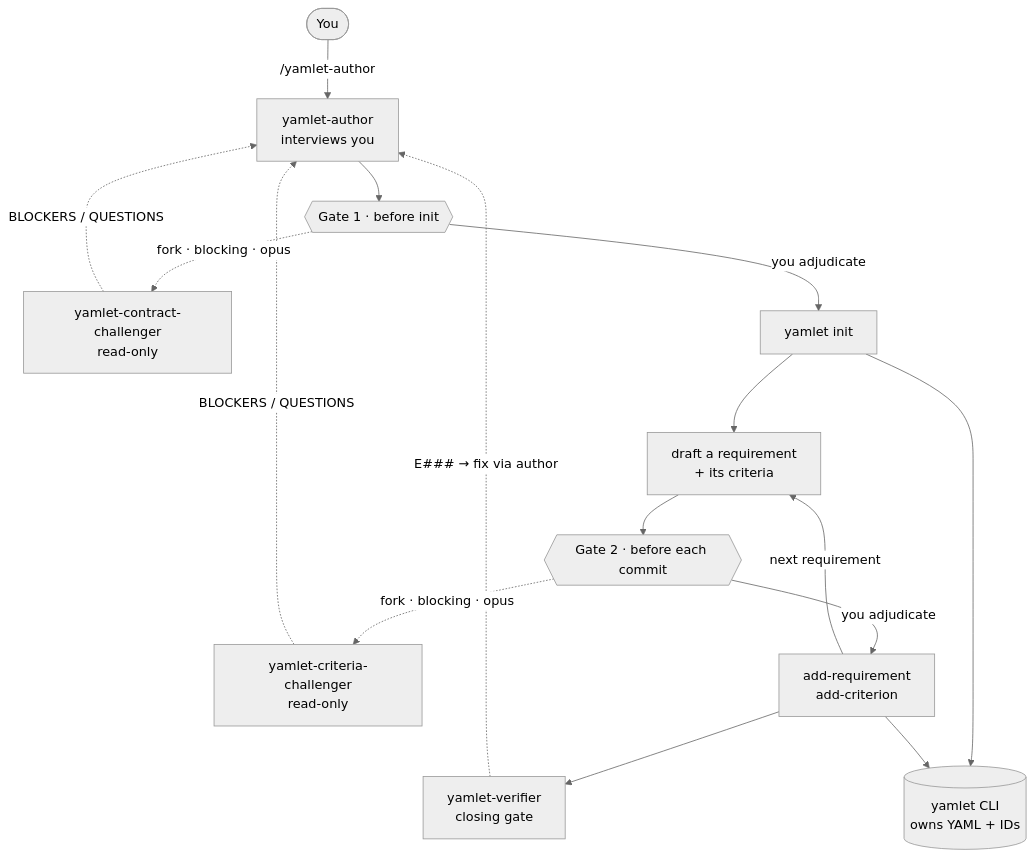
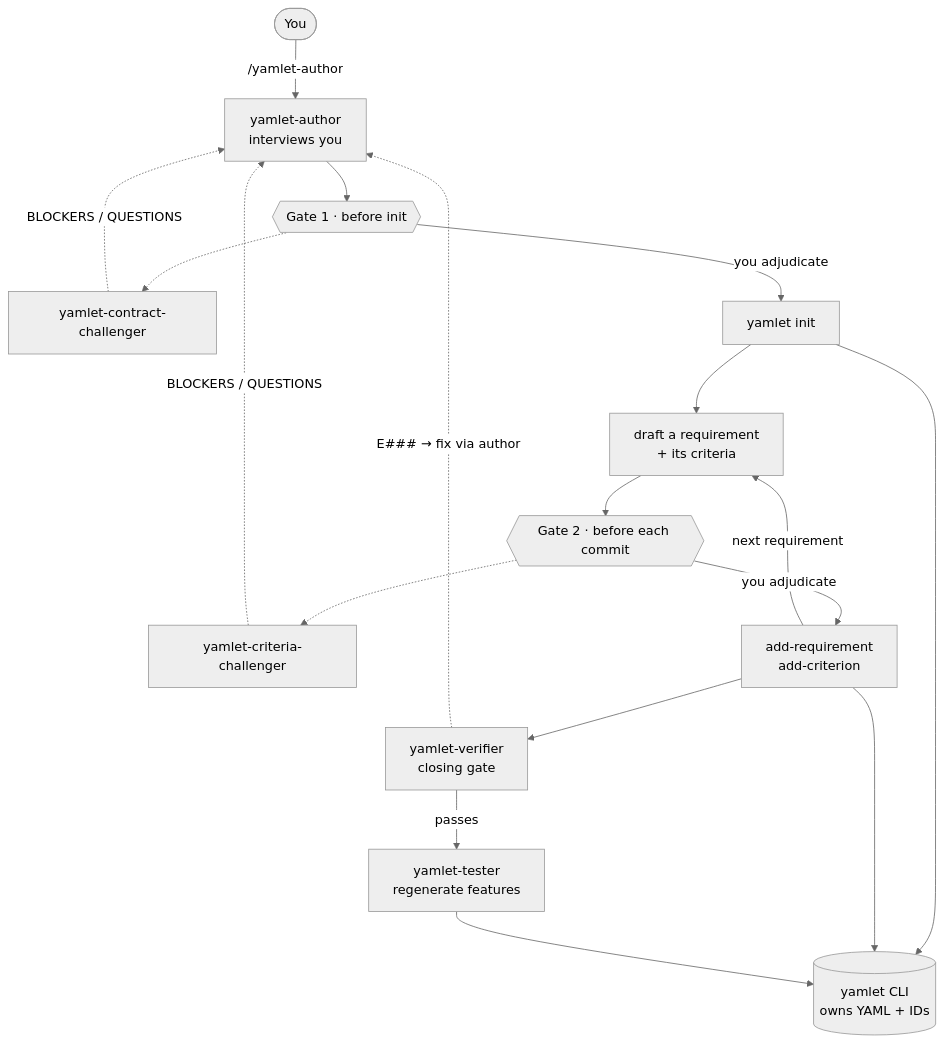
The diagram in README.md (RicardoMonteiroSimoes/Yamlet), drawn with Mermaid (neutral theme) before and after one commit. The commit also changed other lines of this file and 4 other files, not shown here.

First line of the commit message:
feat(skills): add yamlet-tester and chain it from yamlet-author

````diff
--- a/README.md
+++ b/README.md
@@ -135,21 +136,23 @@
 ```mermaid
 flowchart TD
     U(["You"]) -->|"/yamlet-author"| A["yamlet-author<br/>interviews you"]
 
     A --> G1{{"Gate 1 · before init"}}
-    G1 -. "fork · blocking · opus" .-> CC["yamlet-contract-challenger<br/>read-only"]
+    G1 -.-> CC["yamlet-contract-challenger"]
     CC -. "BLOCKERS / QUESTIONS" .-> A
     G1 -->|"you adjudicate"| INIT["yamlet init"]
 
     INIT --> D["draft a requirement<br/>+ its criteria"]
     D --> G2{{"Gate 2 · before each commit"}}
-    G2 -. "fork · blocking · opus" .-> RC["yamlet-criteria-challenger<br/>read-only"]
+    G2 -.-> RC["yamlet-criteria-challenger"]
     RC -. "BLOCKERS / QUESTIONS" .-> A
     G2 -->|"you adjudicate"| C["add-requirement<br/>add-criterion"]
     C -->|"next requirement"| D
     C --> V["yamlet-verifier<br/>closing gate"]
     V -. "E### → fix via author" .-> A
+    V -->|"passes"| T["yamlet-tester<br/>regenerate features"]
 
     INIT --> CLI[("yamlet CLI<br/>owns YAML + IDs")]
     C --> CLI
+    T --> CLI
 ```
````
